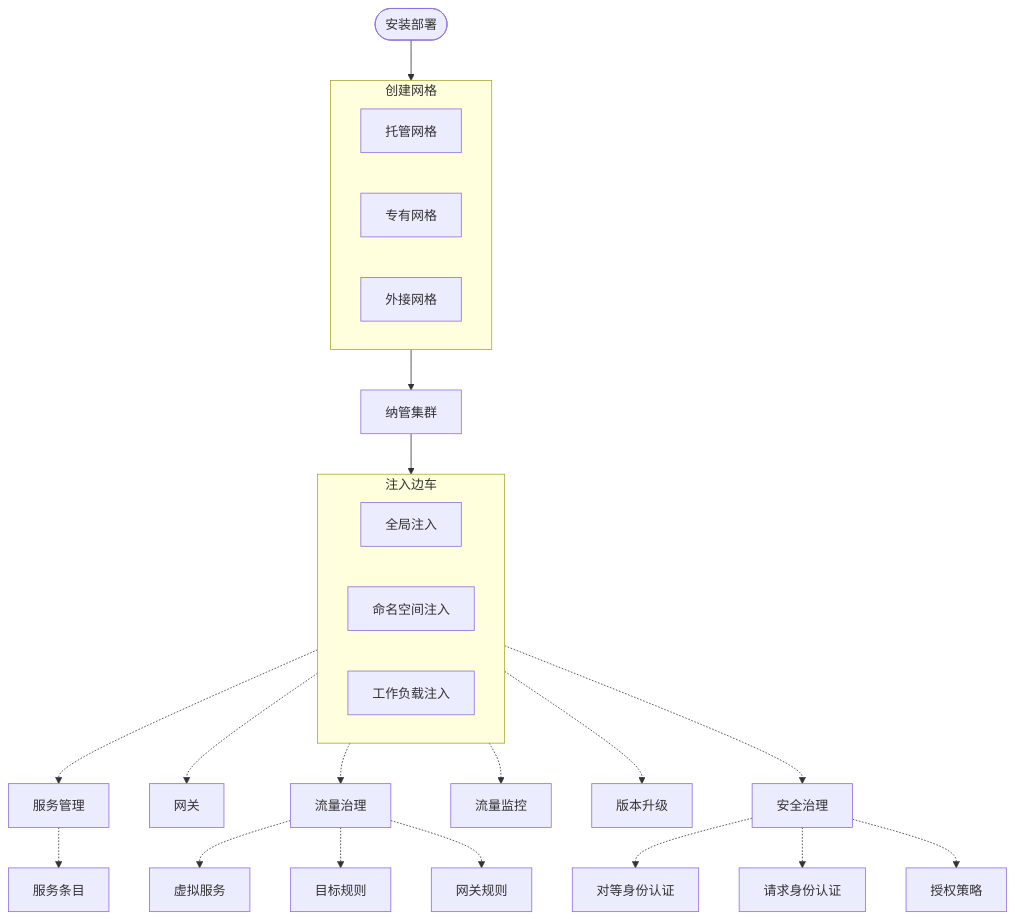
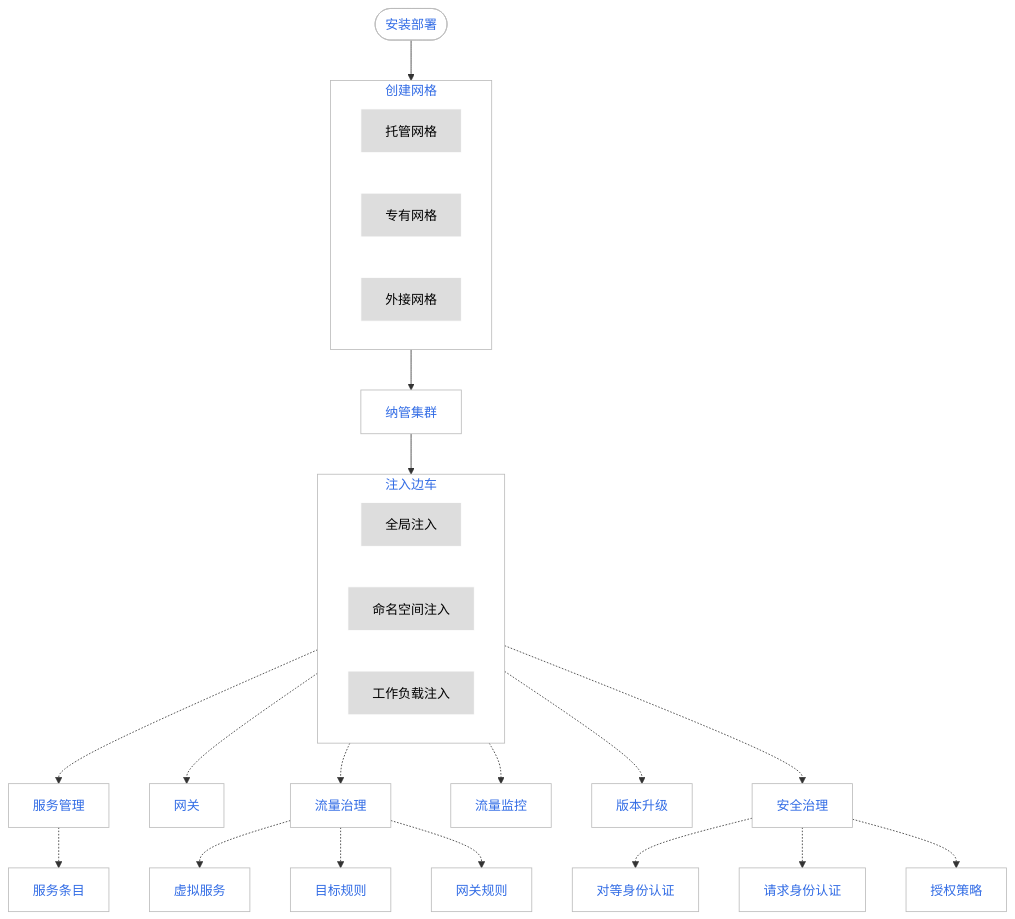
The diagram in docs/zh/docs/mspider/01Intro/WhatismSpider.md (DaoCloud/DaoCloud-docs), drawn with Mermaid before and after one commit. The commit also changed 1 other file, not shown here.

Commit message:
updated ghippo pages

````diff
--- a/docs/zh/docs/mspider/01Intro/WhatismSpider.md
+++ b/docs/zh/docs/mspider/01Intro/WhatismSpider.md
@@ -20,62 +20,69 @@
 ```mermaid
 flowchart TD
 
     install([安装部署])
     install --> mesh[创建网格]
         subgraph mesh[创建网格]
             managed[托管网格]
             private[专有网格]
             external[外接网格]
             
         end
 
     mesh --> cluster[纳管集群]
 
     cluster --> inject[注入边车]
 
         subgraph inject[注入边车]
             global[全局注入]
             namespace[命名空间注入]
             workload[工作负载注入]
         end
 
     
     inject -.-> service[服务管理]
     inject -.-> gateway[网关]
     inject -.-> traffic[流量治理]
     inject -.-> watch[流量监控]
     inject -.-> upgrade[版本升级]
     inject -.-> security[安全治理]
 
     service -.-> entry[服务条目]
 
     traffic -.-> virtual[虚拟服务]
     traffic -.-> target[目标规则]
     traffic -.-> gaterule[网关规则]
 
     security -.-> peer[对等身份认证]
     security -.-> request[请求身份认证]
     security -.-> authorize[授权策略]
 
+    classDef plain fill:#ddd,stroke:#fff,stroke-width:1px,color:#000;
+    classDef k8s fill:#326ce5,stroke:#fff,stroke-width:1px,color:#fff;
+    classDef cluster fill:#fff,stroke:#bbb,stroke-width:1px,color:#326ce5;
+
+    class managed,private,external,global,namespace,workload plain
+    class install,service,gateway,traffic,watch,upgrade,security,entry,virtual,target,gaterule,peer,request,authorize,cluster cluster
+
     click install "https://docs.daocloud.io/mspider/install/"
     click managed "https://docs.daocloud.io/mspider/03UserGuide/servicemesh/create-mesh/"
     click private "https://docs.daocloud.io/mspider/03UserGuide/servicemesh/create-mesh/"
     click external "https://docs.daocloud.io/mspider/03UserGuide/servicemesh/integrate-mesh/"
     click cluster "https://docs.daocloud.io/mspider/03UserGuide/08ClusterManagement/join-clus/"
     click global "https://docs.daocloud.io/mspider/03UserGuide/07SidecarManagement/GlobalSidecar/"
     click namespace "https://docs.daocloud.io/mspider/03UserGuide/07SidecarManagement/NamespaceSidecar/"
     click workload "https://docs.daocloud.io/mspider/03UserGuide/07SidecarManagement/WorkloadSidecar/"
     click gateway "https://docs.daocloud.io/mspider/03UserGuide/09GatewayInstance/create/"
     click service "https://docs.daocloud.io/mspider/03UserGuide/01ServiceList/"
     click traffic "https://docs.daocloud.io/mspider/03UserGuide/02TrafficGovernance/"
     click security "https://docs.daocloud.io/mspider/03UserGuide/05Security/"
     click watch "https://docs.daocloud.io/mspider/03UserGuide/06TrafficMonitor/"
     click upgrade "https://docs.daocloud.io/mspider/03UserGuide/upgrade/IstioUpdate/"
     click entry "https://docs.daocloud.io/mspider/03UserGuide/01ServiceList/service-entry/"
     click virtual "https://docs.daocloud.io/mspider/03UserGuide/02TrafficGovernance/VirtualService/"
     click target "https://docs.daocloud.io/mspider/03UserGuide/02TrafficGovernance/DestinationRules/"
     click gaterule "https://docs.daocloud.io/mspider/03UserGuide/02TrafficGovernance/GatewayRules/"
     click peer "https://docs.daocloud.io/mspider/03UserGuide/05Security/peer/"
     click request "https://docs.daocloud.io/mspider/03UserGuide/05Security/request/"
     click authorize "https://docs.daocloud.io/mspider/03UserGuide/05Security/authorize/"
 ```
````
